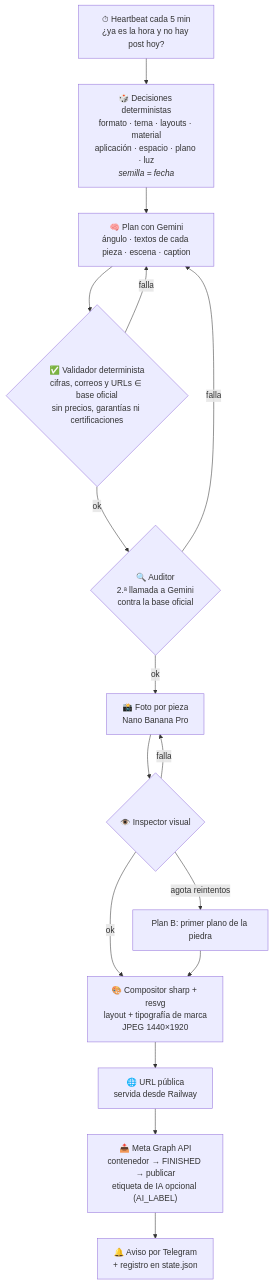
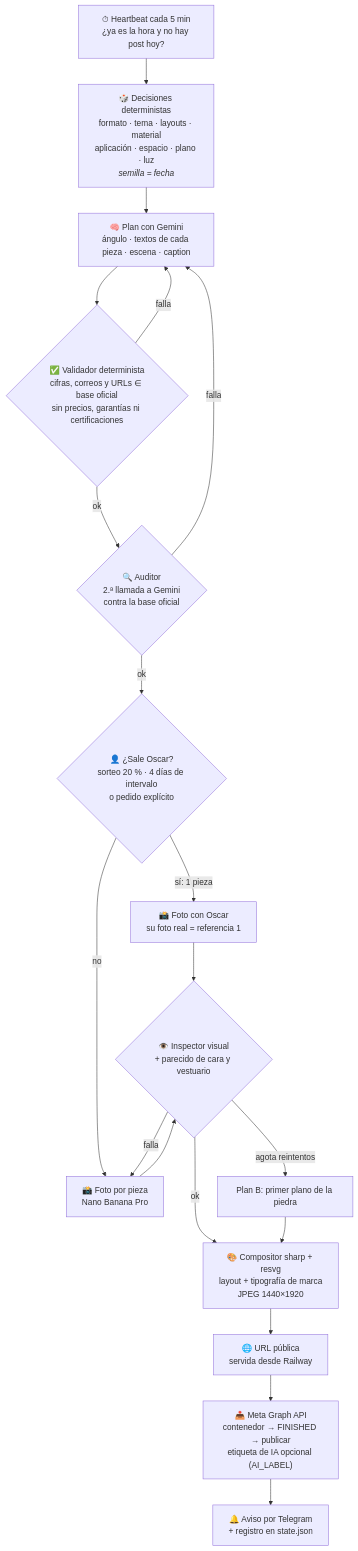
Before and after one commit to Kin9Zeus/Millimeter-SM-Automation: the first of 2 diagrams in README.md, drawn with Mermaid. The commit also changed other lines of this file, not shown here.

First line of the commit message:
README: sección de avatar de marca (Oscar en escena)

````diff
--- a/README.md
+++ b/README.md
@@ -48,22 +49,26 @@
 ```mermaid
 flowchart TD
     T["⏱ Heartbeat cada 5 min<br/>¿ya es la hora y no hay post hoy?"] --> D
     D["🎲 Decisiones deterministas<br/>formato · tema · layouts · material<br/>aplicación · espacio · plano · luz<br/><i>semilla = fecha</i>"] --> P
     P["🧠 Plan con Gemini<br/>ángulo · textos de cada pieza · escena · caption"] --> V
     V{"✅ Validador determinista<br/>cifras, correos y URLs ∈ base oficial<br/>sin precios, garantías ni certificaciones"}
     V -- falla --> P
     V -- ok --> A
     A{"🔍 Auditor<br/>2.ª llamada a Gemini<br/>contra la base oficial"}
     A -- falla --> P
-    A -- ok --> F
+    A -- ok --> O
+    O{"👤 ¿Sale Oscar?<br/>sorteo 20 % · 4 días de intervalo<br/>o pedido explícito"}
+    O -- "sí: 1 pieza" --> FO["📸 Foto con Oscar<br/>su foto real = referencia 1"]
+    O -- no --> F
+    FO --> I
     F["📸 Foto por pieza<br/>Nano Banana Pro"] --> I
-    I{"👁️ Inspector visual"}
+    I{"👁️ Inspector visual<br/>+ parecido de cara y vestuario"}
     I -- falla --> F
     I -- "agota reintentos" --> X["Plan B: primer plano de la piedra"]
     I -- ok --> C
     X --> C
     C["🎨 Compositor sharp + resvg<br/>layout + tipografía de marca<br/>JPEG 1440×1920"] --> U
     U["🌐 URL pública<br/>servida desde Railway"] --> M
     M["📤 Meta Graph API<br/>contenedor → FINISHED → publicar<br/>etiqueta de IA opcional (AI_LABEL)"] --> N
     N["🔔 Aviso por Telegram<br/>+ registro en state.json"]
 ```
````
